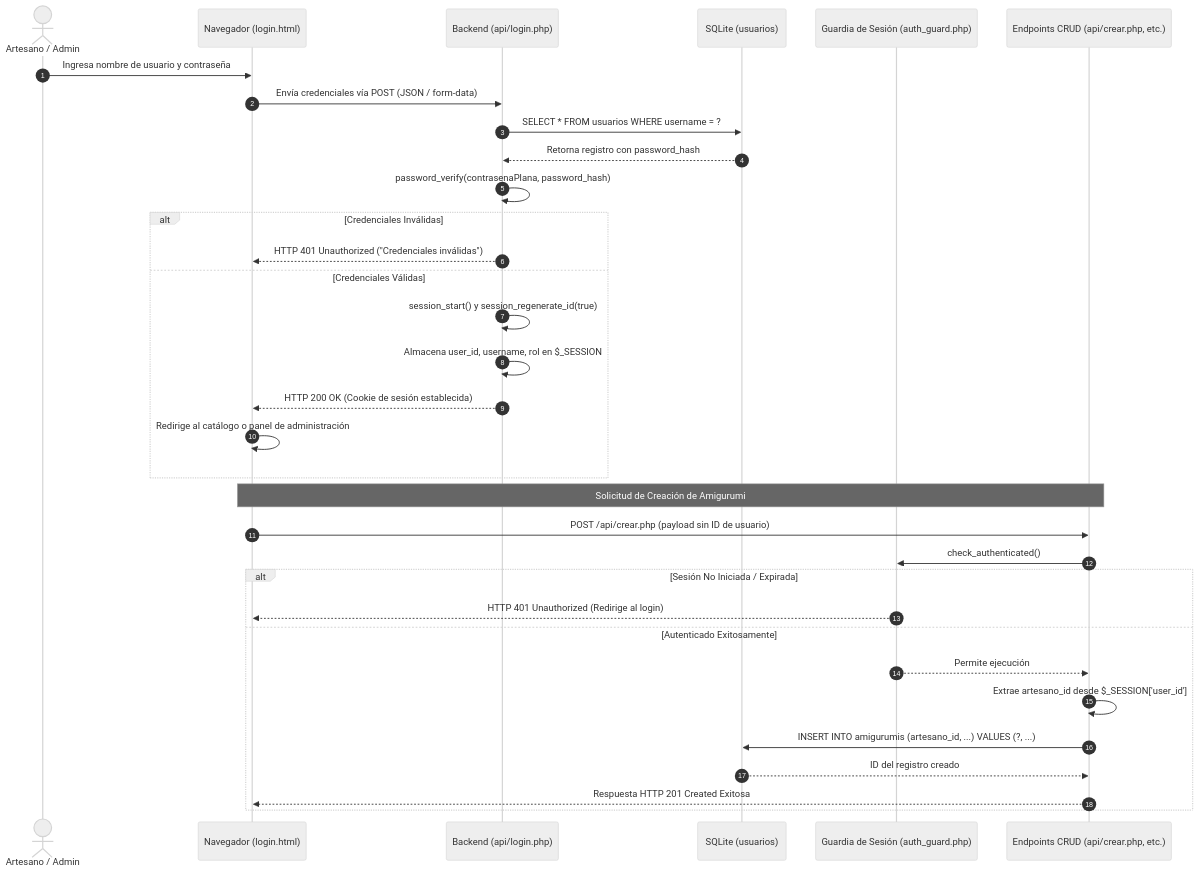
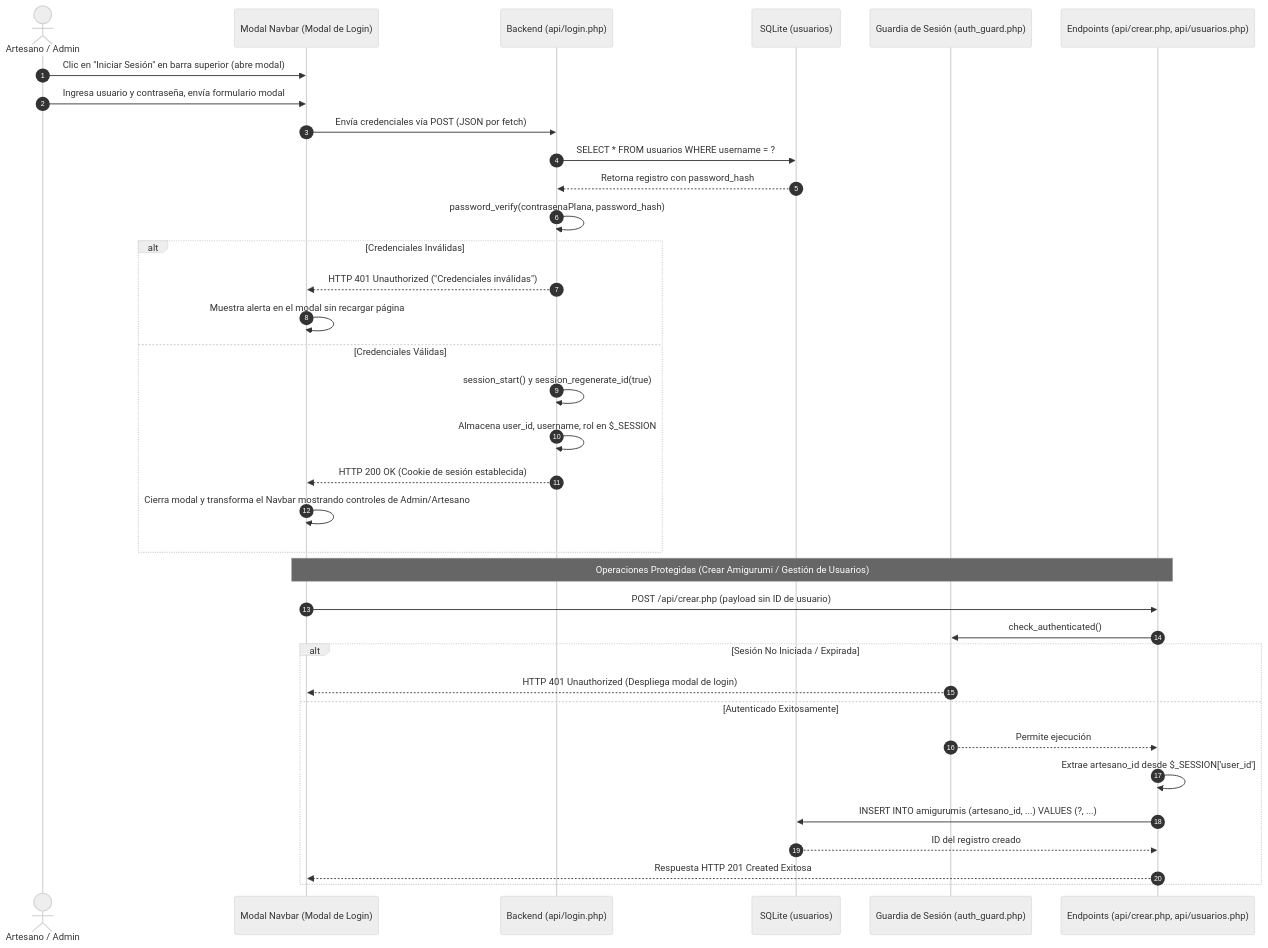
The diagram in docs/auth-flow.es.md (AngelKero/amigurumi-manager), drawn with Mermaid (neutral theme) before and after one commit. The commit also changed other lines of this file and 8 other files, not shown here.

````diff
--- a/docs/auth-flow.es.md
+++ b/docs/auth-flow.es.md
@@ -9,37 +9,39 @@
 ```mermaid
 sequenceDiagram
     autonumber
     actor Usuario as Artesano / Admin
-    participant UI as Navegador (login.html)
+    participant UI as Modal Navbar (Modal de Login)
     participant Auth as Backend (api/login.php)
     participant DB as SQLite (usuarios)
     participant Guard as Guardia de Sesión (auth_guard.php)
-    participant API as Endpoints CRUD (api/crear.php, etc.)
+    participant API as Endpoints (api/crear.php, api/usuarios.php)
 
-    Usuario->>UI: Ingresa nombre de usuario y contraseña
-    UI->>Auth: Envía credenciales vía POST (JSON / form-data)
+    Usuario->>UI: Clic en "Iniciar Sesión" en barra superior (abre modal)
+    Usuario->>UI: Ingresa usuario y contraseña, envía formulario modal
+    UI->>Auth: Envía credenciales vía POST (JSON por fetch)
     Auth->>DB: SELECT * FROM usuarios WHERE username = ?
     DB-->>Auth: Retorna registro con password_hash
     Auth->>Auth: password_verify(contrasenaPlana, password_hash)
     alt Credenciales Inválidas
         Auth-->>UI: HTTP 401 Unauthorized ("Credenciales inválidas")
+        UI->>UI: Muestra alerta en el modal sin recargar página
     else Credenciales Válidas
         Auth->>Auth: session_start() y session_regenerate_id(true)
         Auth->>Auth: Almacena user_id, username, rol en $_SESSION
         Auth-->>UI: HTTP 200 OK (Cookie de sesión establecida)
-        UI->>UI: Redirige al catálogo o panel de administración
+        UI->>UI: Cierra modal y transforma el Navbar mostrando controles de Admin/Artesano
     end
 
-    Note over UI,API: Solicitud de Creación de Amigurumi
+    Note over UI,API: Operaciones Protegidas (Crear Amigurumi / Gestión de Usuarios)
     UI->>API: POST /api/crear.php (payload sin ID de usuario)
     API->>Guard: check_authenticated()
     alt Sesión No Iniciada / Expirada
-        Guard-->>UI: HTTP 401 Unauthorized (Redirige al login)
+        Guard-->>UI: HTTP 401 Unauthorized (Despliega modal de login)
     else Autenticado Exitosamente
         Guard-->>API: Permite ejecución
         API->>API: Extrae artesano_id desde $_SESSION['user_id']
         API->>DB: INSERT INTO amigurumis (artesano_id, ...) VALUES (?, ...)
         DB-->>API: ID del registro creado
         API-->>UI: Respuesta HTTP 201 Created Exitosa
     end
 ```
````
